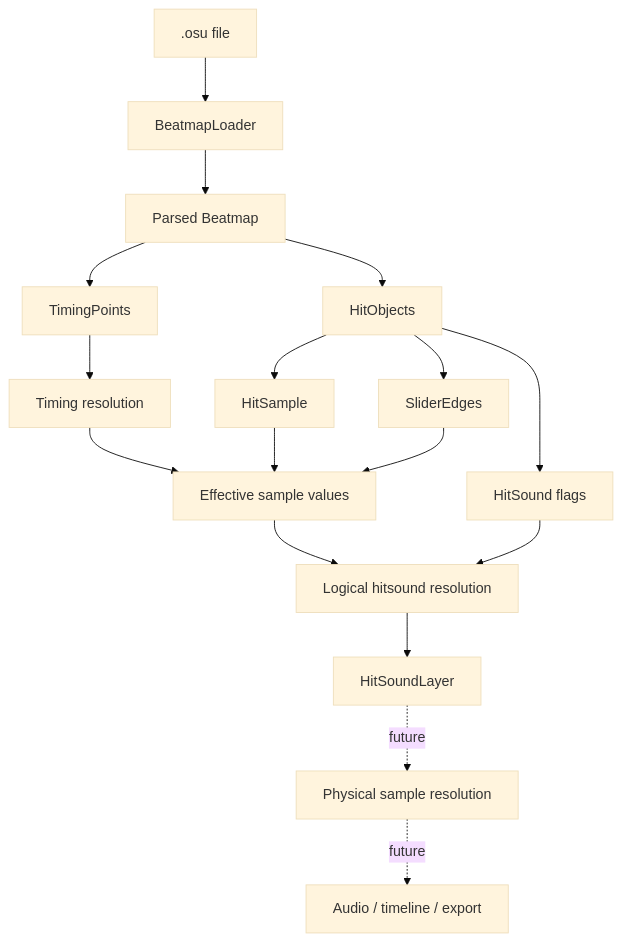
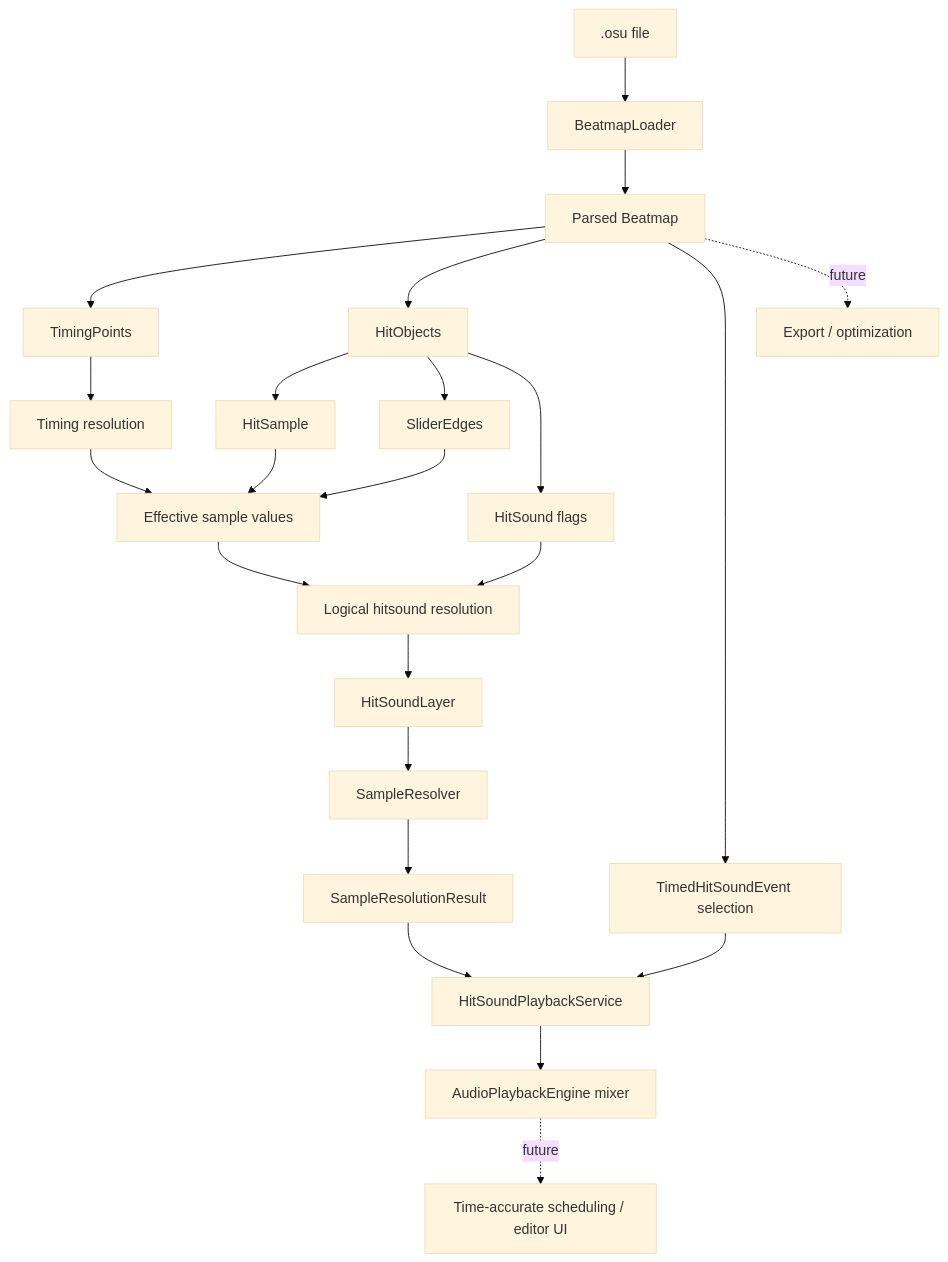
Before and after one commit to FAJIFBEFJHA/osu-hitsound-editor: the tenth of 11 diagrams in docs/architecture.md, drawn with Mermaid (base theme). The commit also changed other lines of this file and 9 other files, not shown here.

Commit message:
feat: add timed hitsound events and playback dispatch

````diff
--- a/docs/architecture.md
+++ b/docs/architecture.md
@@ -632,28 +634,34 @@
 ```mermaid
 flowchart TD
 
     A[.osu file] --> B[BeatmapLoader]
     B --> C[Parsed Beatmap]
 
     C --> D[TimingPoints]
     C --> E[HitObjects]
 
     E --> F[HitSample]
     E --> G[SliderEdges]
 
     D --> H[Timing resolution]
 
     F --> I[Effective sample values]
     G --> I
     H --> I
 
     E --> J[HitSound flags]
 
     I --> K[Logical hitsound resolution]
     J --> K
 
     K --> L[HitSoundLayer]
 
-    L -. future .-> M[Physical sample resolution]
-    M -. future .-> N[Audio / timeline / export]
+    L --> M[SampleResolver]
+    M --> N[SampleResolutionResult]
+    C --> O[TimedHitSoundEvent selection]
+    O --> P[HitSoundPlaybackService]
+    N --> P
+    P --> Q[AudioPlaybackEngine mixer]
+    Q -. future .-> R[Time-accurate scheduling / editor UI]
+    C -. future .-> S[Export / optimization]
 ```
````
